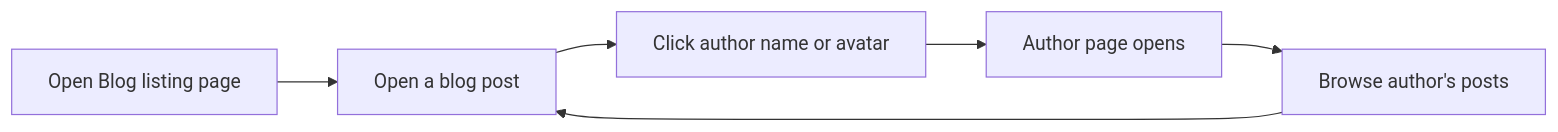
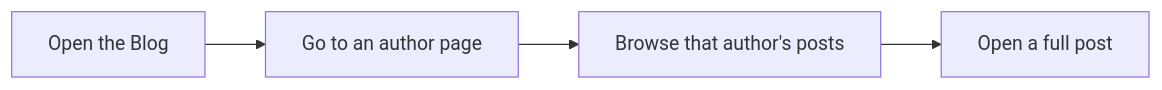
The diagram in api2-documentation/plan_2026-11-02_f8890e/user-facing-docs/how-to-browse-posts-by-author.md (Mohita111/API2), drawn with Mermaid before and after one commit. The commit also changed other lines of this file and 14 other files, not shown here.

````diff
--- a/api2-documentation/plan_2026-11-02_f8890e/user-facing-docs/how-to-browse-posts-by-author.md
+++ b/api2-documentation/plan_2026-11-02_f8890e/user-facing-docs/how-to-browse-posts-by-author.md
@@ -21,8 +14,6 @@
 ```mermaid
 graph LR
-    A[Open Blog listing page] --> B[Open a blog post]
-    B --> C[Click author name or avatar]
-    C --> D[Author page opens]
-    D --> E[Browse author's posts]
-    E --> B
+  A[Open the Blog] --> B[Go to an author page]
+  B --> C[Browse that author's posts]
+  C --> D[Open a full post]
 ```
````
